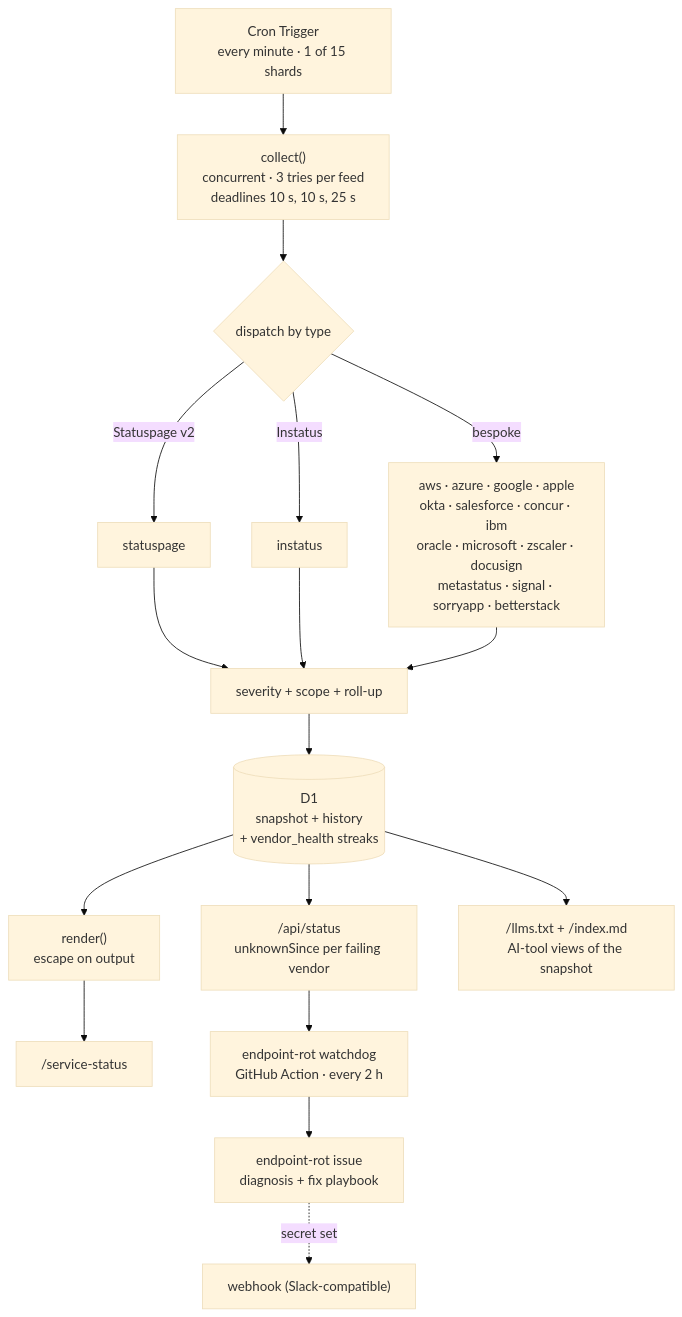
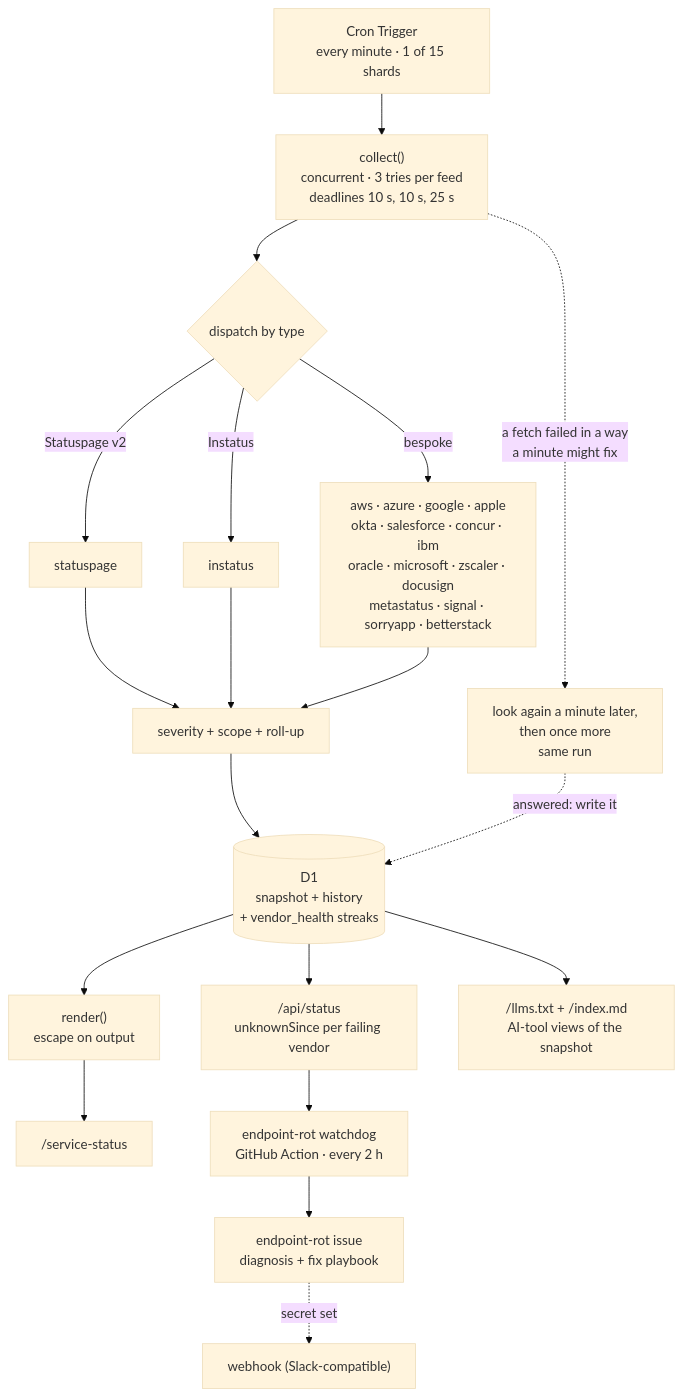
One commit to bjgreenberg/vendor-dashboard changed the first of 4 diagrams in README.md. Above: the diagram before and after it, drawn with Mermaid (base theme). The commit also changed other lines of this file and 9 other files, not shown here.

First line of the commit message:
fix(worker): look again a minute later at a vendor whose status fetch failed (#160)

````diff
--- a/README.md
+++ b/README.md
@@ -82,19 +82,21 @@
 ```mermaid
 flowchart TB
     cron["Cron Trigger<br/>every minute · 1 of 15 shards"] --> collect["collect()<br/>concurrent · 3 tries per feed<br/>deadlines 10 s, 10 s, 25 s"]
     collect --> adapters{"dispatch by type"}
     adapters -->|"Statuspage v2"| a1["statuspage"]
     adapters -->|"Instatus"| a2["instatus"]
     adapters -->|"bespoke"| a3["aws · azure · google · apple<br/>okta · salesforce · concur · ibm<br/>oracle · microsoft · zscaler · docusign<br/>metastatus · signal · sorryapp · betterstack"]
     a1 --> norm["severity + scope + roll-up"]
     a2 --> norm
     a3 --> norm
     norm --> d1[("D1<br/>snapshot + history<br/>+ vendor_health streaks")]
+    collect -.->|"a fetch failed in a way<br/>a minute might fix"| again["look again a minute later,<br/>then once more<br/>same run"]
+    again -.->|"answered: write it"| d1
     d1 --> render["render()<br/>escape on output"]
     render --> page["/service-status"]
     d1 --> api["/api/status<br/>unknownSince per failing vendor"]
     d1 --> ai["/llms.txt + /index.md<br/>AI-tool views of the snapshot"]
     api --> wd["endpoint-rot watchdog<br/>GitHub Action · every 2 h"]
     wd --> issue["endpoint-rot issue<br/>diagnosis + fix playbook"]
     issue -.->|"secret set"| slack["webhook (Slack-compatible)"]
 ```
````
